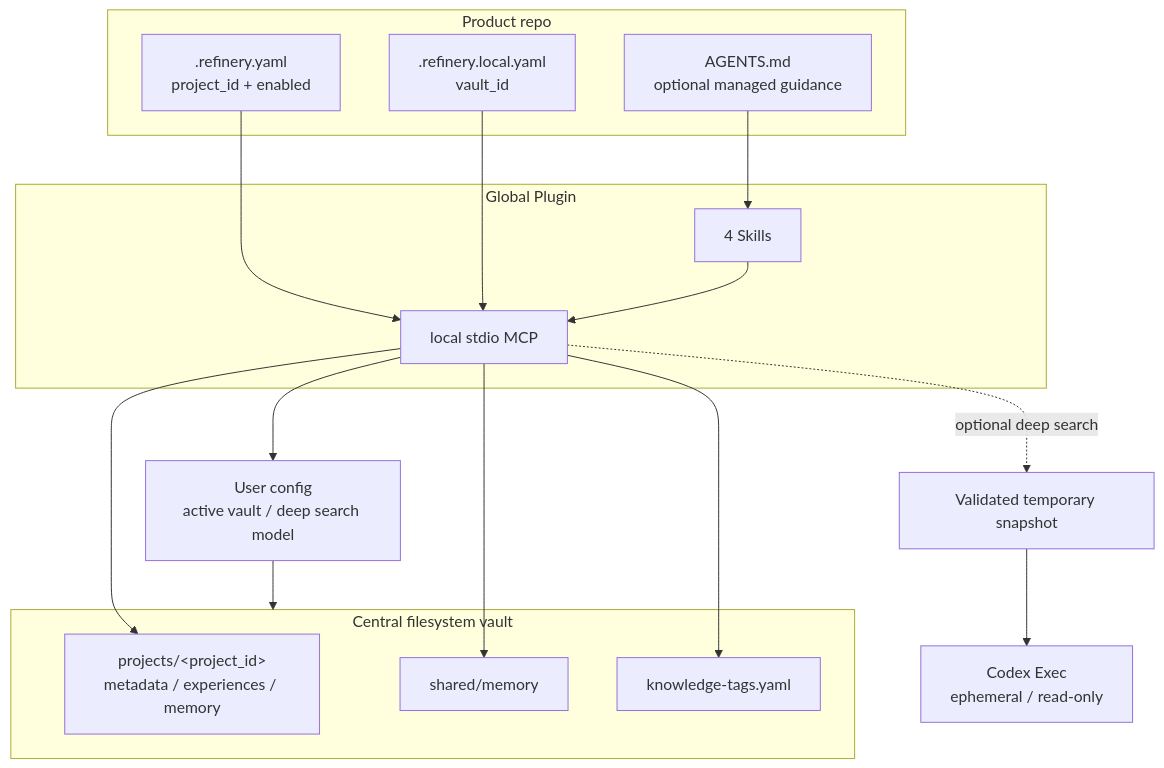
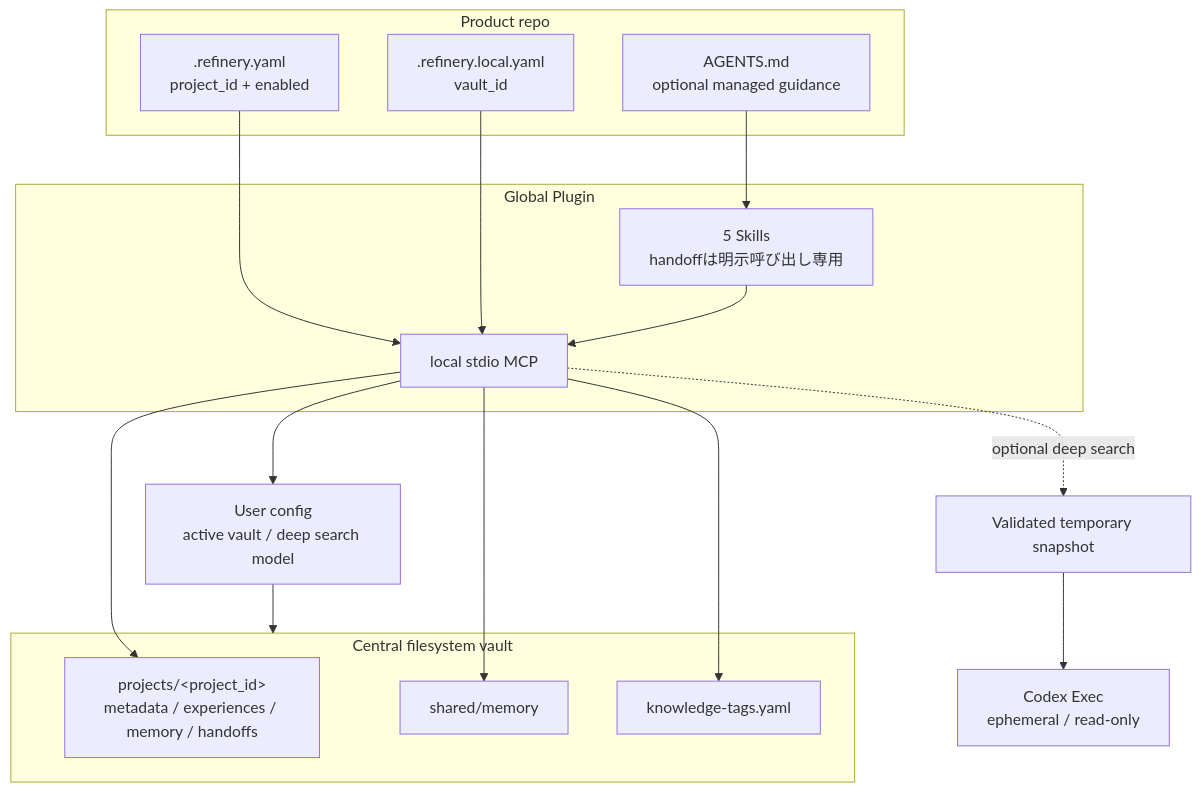
Before and after one commit to skanehira1126/knowledge-refinery: the diagram in docs/architecture.md, drawn with Mermaid. The commit also changed other lines of this file and 32 other files, not shown here.

````diff
--- a/docs/architecture.md
+++ b/docs/architecture.md
@@ -6,36 +6,36 @@
 ```mermaid
 flowchart TB
     subgraph Repo["Product repo"]
         RC[".refinery.yaml<br/>project_id + enabled"]
         RL[".refinery.local.yaml<br/>vault_id"]
         AG["AGENTS.md<br/>optional managed guidance"]
     end
 
     subgraph Plugin["Global Plugin"]
-        SK["4 Skills"]
+        SK["5 Skills<br/>handoffは明示呼び出し専用"]
         MCP["local stdio MCP"]
     end
 
     CFG["User config<br/>active vault / deep search model"]
 
     CX["Codex Exec<br/>ephemeral / read-only"]
     SS["Validated temporary snapshot"]
 
     subgraph Vault["Central filesystem vault"]
-        PM["projects/&lt;project_id&gt;<br/>metadata / experiences / memory"]
+        PM["projects/&lt;project_id&gt;<br/>metadata / experiences / memory / handoffs"]
         SM["shared/memory"]
         KT["knowledge-tags.yaml"]
     end
 
     AG --> SK
     RC --> MCP
     RL --> MCP
     SK --> MCP
     MCP --> CFG
     CFG --> Vault
     MCP --> PM
     MCP --> SM
     MCP --> KT
     MCP -. "optional deep search" .-> SS
     SS --> CX
 ```
````
